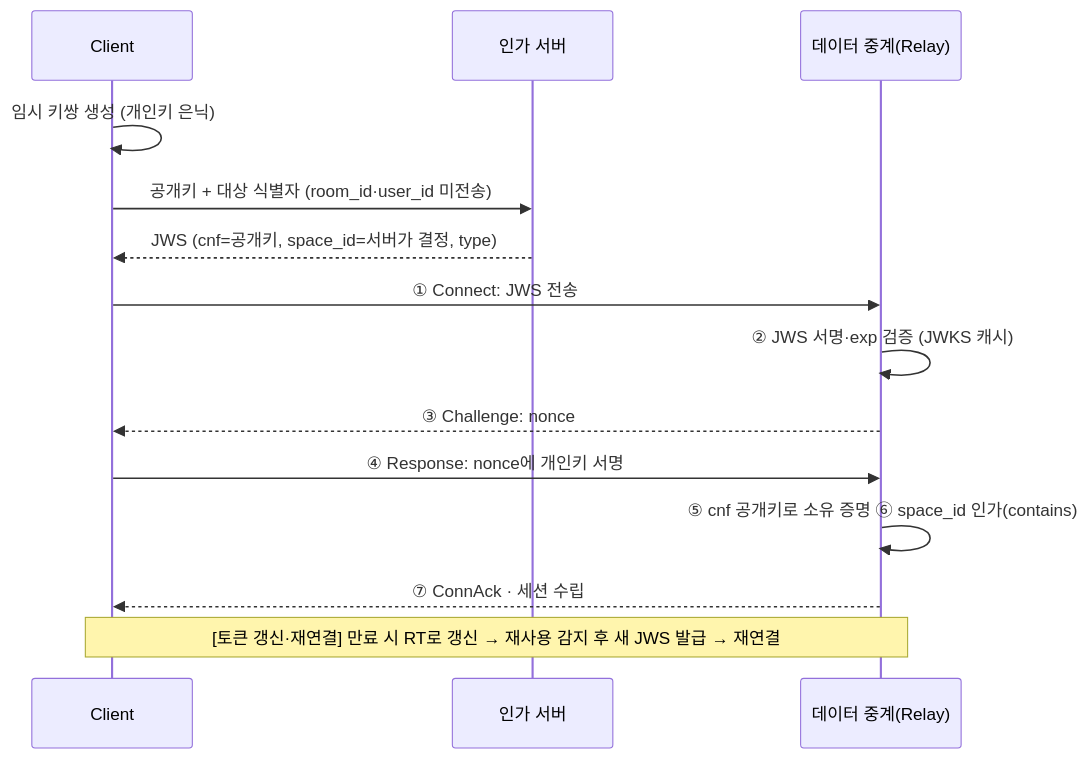
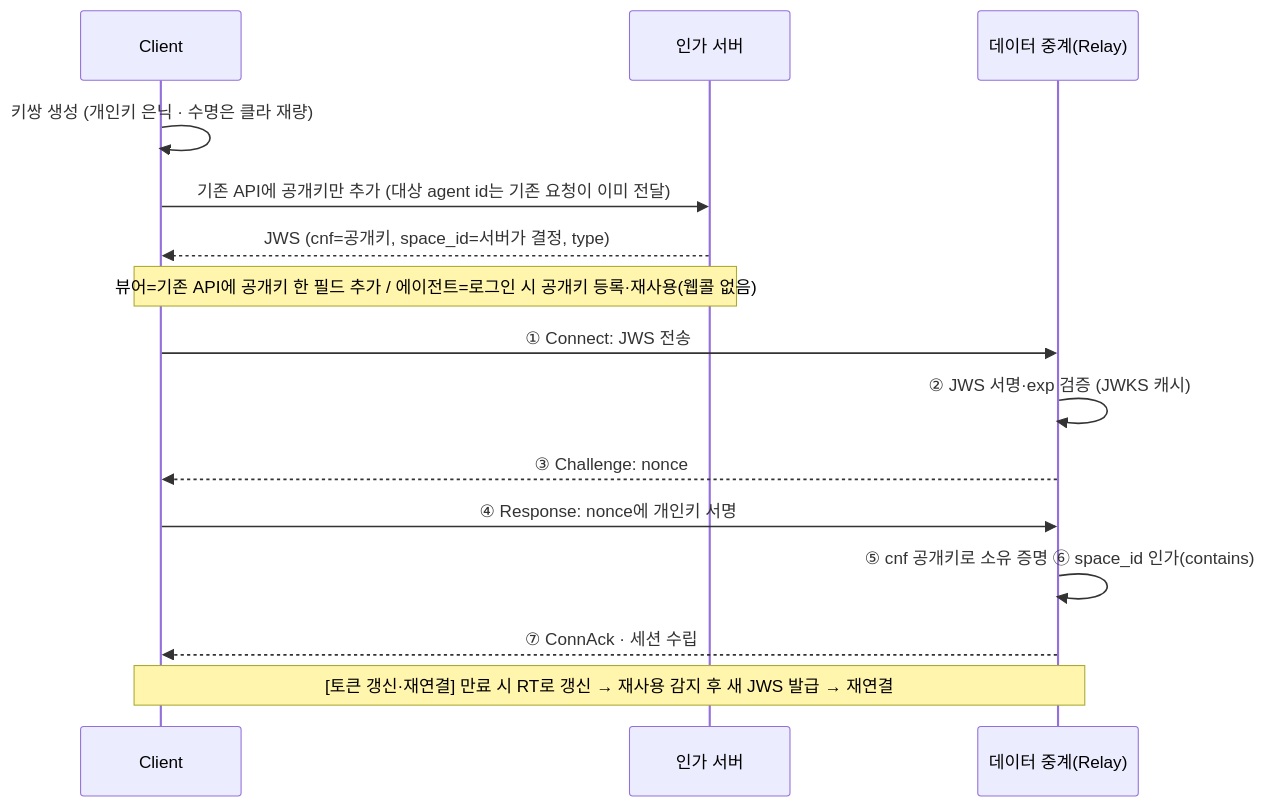
One commit to gmoon92/toy changed the diagram in spring-security/docs/auth-architecture/sender-constrained-relay-executive-summary.md. Above: the diagram before and after it, drawn with Mermaid. The commit also changed other lines of this file and 1 other file, not shown here.

First line of the commit message:
docs(auth-architecture): 클라이언트 키 수명·대상 전달 경로 명확화

````diff
--- a/spring-security/docs/auth-architecture/sender-constrained-relay-executive-summary.md
+++ b/spring-security/docs/auth-architecture/sender-constrained-relay-executive-summary.md
@@ -24,16 +24,17 @@
 ```mermaid
 sequenceDiagram
     participant C as Client
     participant S as 인가 서버
     participant R as 데이터 중계(Relay)
-    C ->> C: 임시 키쌍 생성 (개인키 은닉)
-    C ->> S: 공개키 + 대상 식별자 (room_id·user_id 미전송)
+    C ->> C: 키쌍 생성 (개인키 은닉 · 수명은 클라 재량)
+    C ->> S: 기존 API에 공개키만 추가 (대상 agent id는 기존 요청이 이미 전달)
     S -->> C: JWS (cnf=공개키, space_id=서버가 결정, type)
+    Note over C, S: 뷰어=기존 API에 공개키 한 필드 추가 / 에이전트=로그인 시 공개키 등록·재사용(웹콜 없음)
     C ->> R: ① Connect: JWS 전송
     R ->> R: ② JWS 서명·exp 검증 (JWKS 캐시)
     R -->> C: ③ Challenge: nonce
     C ->> R: ④ Response: nonce에 개인키 서명
     R ->> R: ⑤ cnf 공개키로 소유 증명 ⑥ space_id 인가(contains)
     R -->> C: ⑦ ConnAck · 세션 수립
     Note over C, R: [토큰 갱신·재연결] 만료 시 RT로 갱신 → 재사용 감지 후 새 JWS 발급 → 재연결
 ```
````
